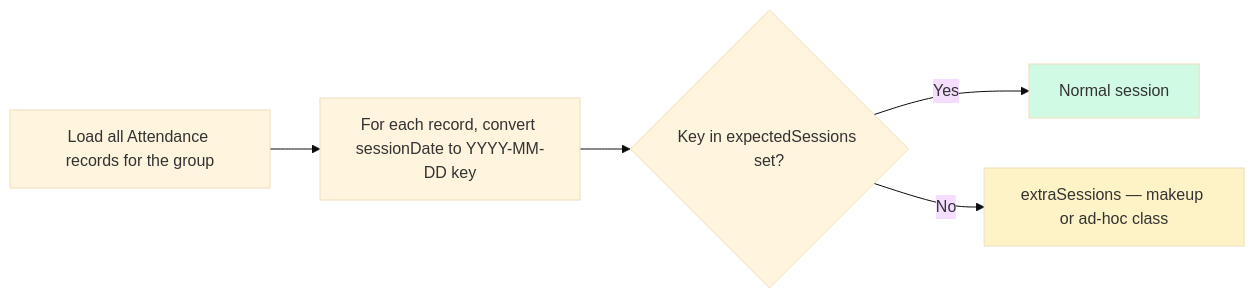
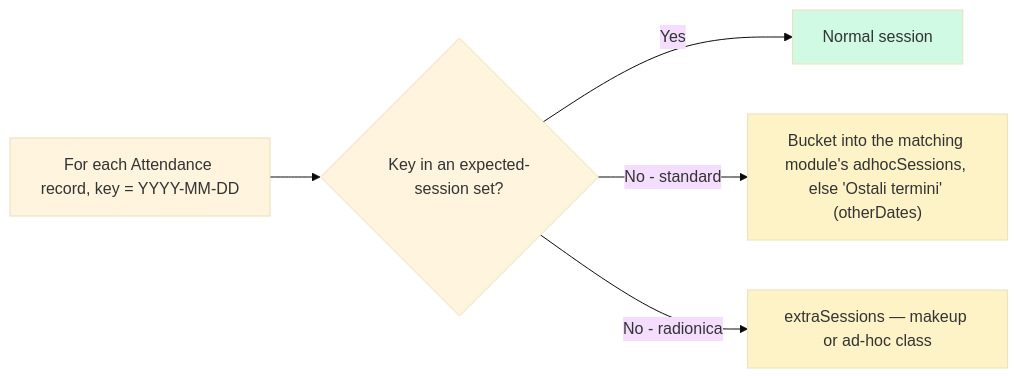
Before and after one commit to jpucic00/inovatic: the fourth of 6 diagrams in docs/diagrams/attendance-flow.md, drawn with Mermaid (base theme). The commit also changed other lines of this file and 2 other files, not shown here.

First line of the commit message:
Update ERD, flowchart, attendance diagrams to match current schema

````diff
--- a/docs/diagrams/attendance-flow.md
+++ b/docs/diagrams/attendance-flow.md
@@ -31,10 +84,11 @@
 ```mermaid
 flowchart LR
-    A[Load all Attendance records for the group] --> B[For each record, convert sessionDate to YYYY-MM-DD key]
-    B --> C{Key in expectedSessions set?}
-    C -->|Yes| NORMAL[Normal session]
-    C -->|No| EXTRA["extraSessions — makeup or ad-hoc class"]
+    A["For each Attendance record, key = YYYY-MM-DD"] --> B{"Key in an expected-session set?"}
+    B -->|Yes| NORMAL[Normal session]
+    B -->|No - standard| ADHOC["Bucket into the matching module's adhocSessions, else 'Ostali termini' (otherDates)"]
+    B -->|No - radionica| EXTRA["extraSessions — makeup or ad-hoc class"]
 
     style NORMAL fill:#d1fae5
+    style ADHOC fill:#fef3c7
     style EXTRA fill:#fef3c7
 ```
````
